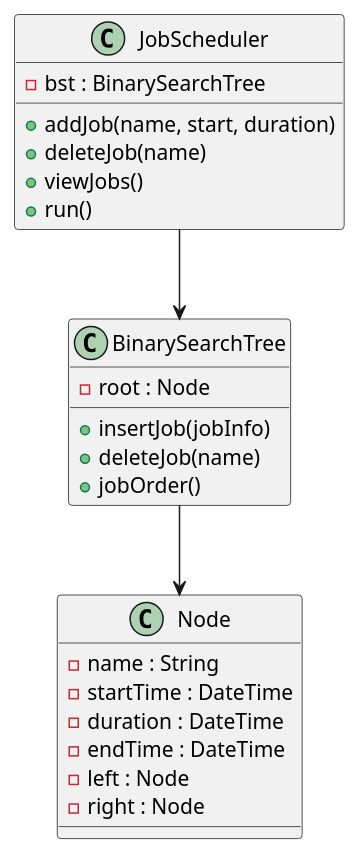
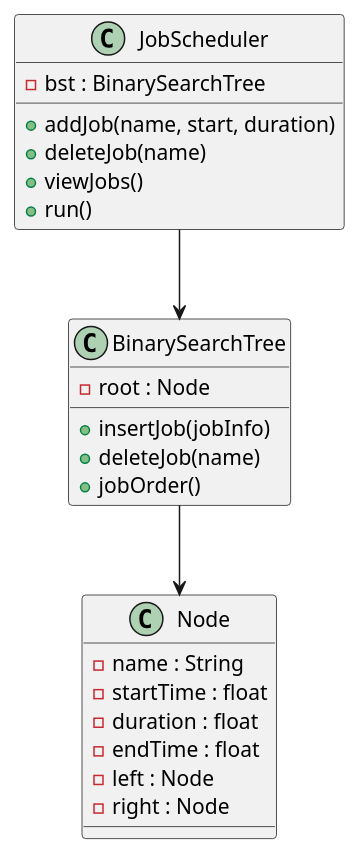
One commit to nu-cs-sw-design/project-20252601-bkdc changed the diagram in docs/design/design.puml. Above: the diagram before and after it, drawn with PlantUML.

```diff
--- a/docs/design/design.puml
+++ b/docs/design/design.puml
@@ -1,33 +1,33 @@
 @startuml
 
 ' main program
 class JobScheduler {
     - bst : BinarySearchTree
     + addJob(name, start, duration)
     + deleteJob(name)
     + viewJobs()
     + run()
 }
 
 ' data structures
 class BinarySearchTree {
     - root : Node
     + insertJob(jobInfo)
     + deleteJob(name)
     + jobOrder()
 }
 
 class Node {
     - name : String
-    - startTime : DateTime
-    - duration : DateTime
-    - endTime : DateTime
+    - startTime : float
+    - duration : float
+    - endTime : float
     - left : Node
     - right : Node
 }
 
 ' relationships
 JobScheduler --> BinarySearchTree
 BinarySearchTree --> Node
 
 @enduml
```
